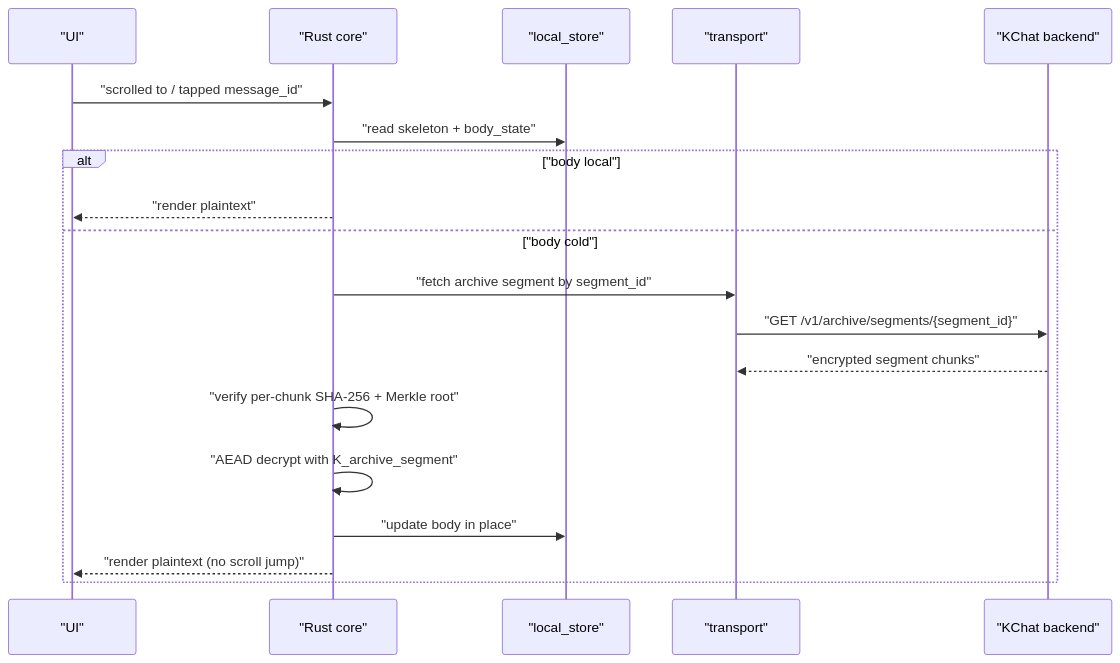
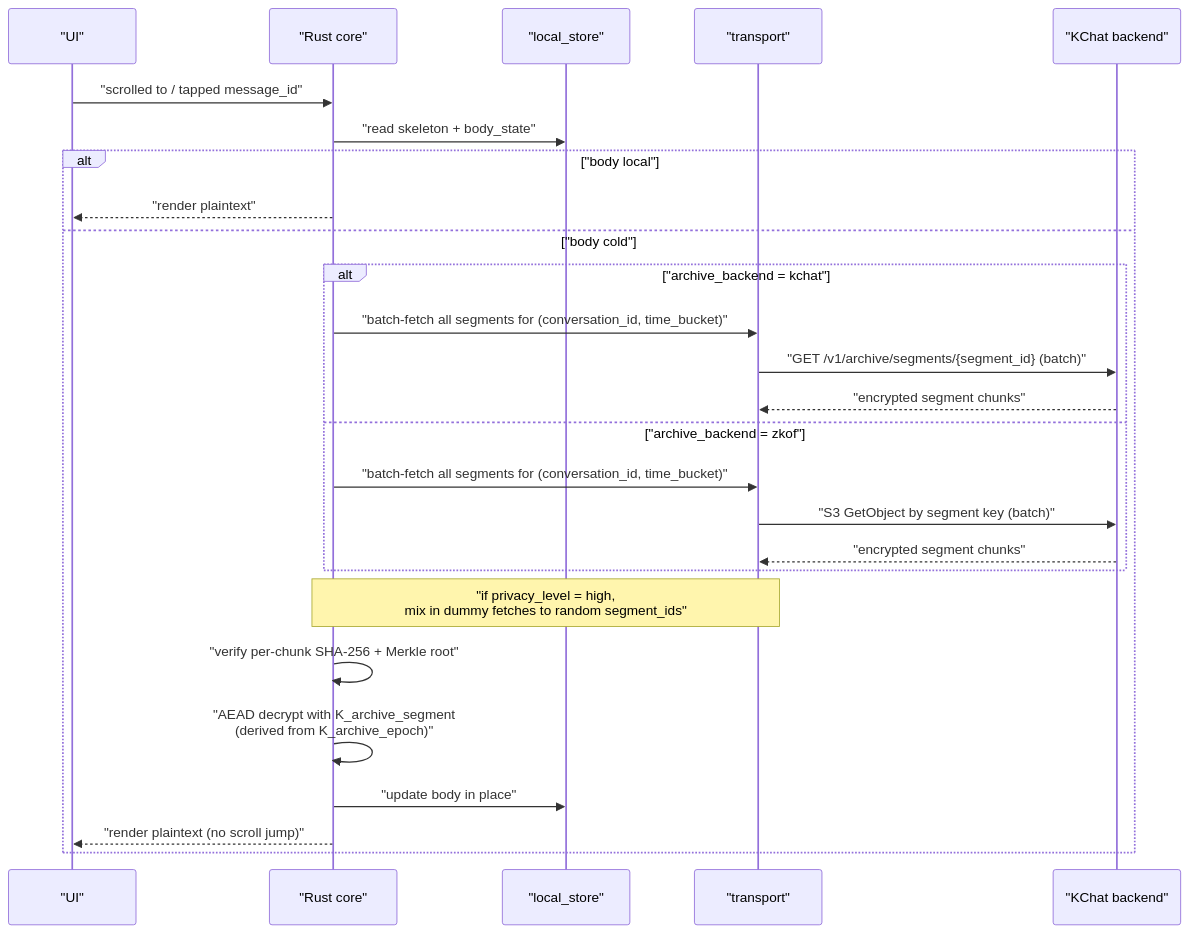
Before and after one commit to kennguy3n/chat-storage-search: diagram 15 of 30 in docs/ARCHITECTURE.md, drawn with Mermaid. The commit also changed other lines of this file and 4 other files, not shown here.

First line of the commit message:
docs: epoch-rotated archive keys + ZKOF archive backend + batch-by-bucket prefetch

````diff
--- a/docs/ARCHITECTURE.md
+++ b/docs/ARCHITECTURE.md
@@ -843,22 +852,29 @@
 ```mermaid
 sequenceDiagram
     participant UI as "UI"
     participant Core as "Rust core"
     participant DB as "local_store"
     participant Tr as "transport"
     participant BE as "KChat backend"
 
     UI->>Core: "scrolled to / tapped message_id"
     Core->>DB: "read skeleton + body_state"
     alt "body local"
         Core-->>UI: "render plaintext"
     else "body cold"
-        Core->>Tr: "fetch archive segment by segment_id"
-        Tr->>BE: "GET /v1/archive/segments/{segment_id}"
-        BE-->>Tr: "encrypted segment chunks"
+        alt "archive_backend = kchat"
+            Core->>Tr: "batch-fetch all segments for (conversation_id, time_bucket)"
+            Tr->>BE: "GET /v1/archive/segments/{segment_id} (batch)"
+            BE-->>Tr: "encrypted segment chunks"
+        else "archive_backend = zkof"
+            Core->>Tr: "batch-fetch all segments for (conversation_id, time_bucket)"
+            Tr->>BE: "S3 GetObject by segment key (batch)"
+            BE-->>Tr: "encrypted segment chunks"
+        end
+        Note over Core,Tr: "if privacy_level = high,<br/>mix in dummy fetches to random segment_ids"
         Core->>Core: "verify per-chunk SHA-256 + Merkle root"
-        Core->>Core: "AEAD decrypt with K_archive_segment"
+        Core->>Core: "AEAD decrypt with K_archive_segment<br/>(derived from K_archive_epoch)"
         Core->>DB: "update body in place"
         Core-->>UI: "render plaintext (no scroll jump)"
     end
 ```
````
